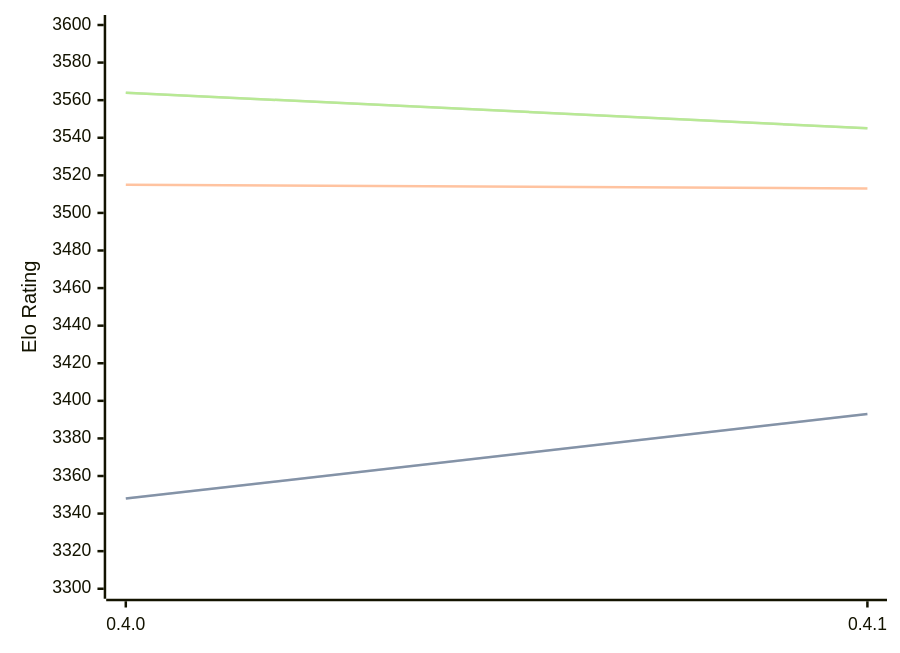
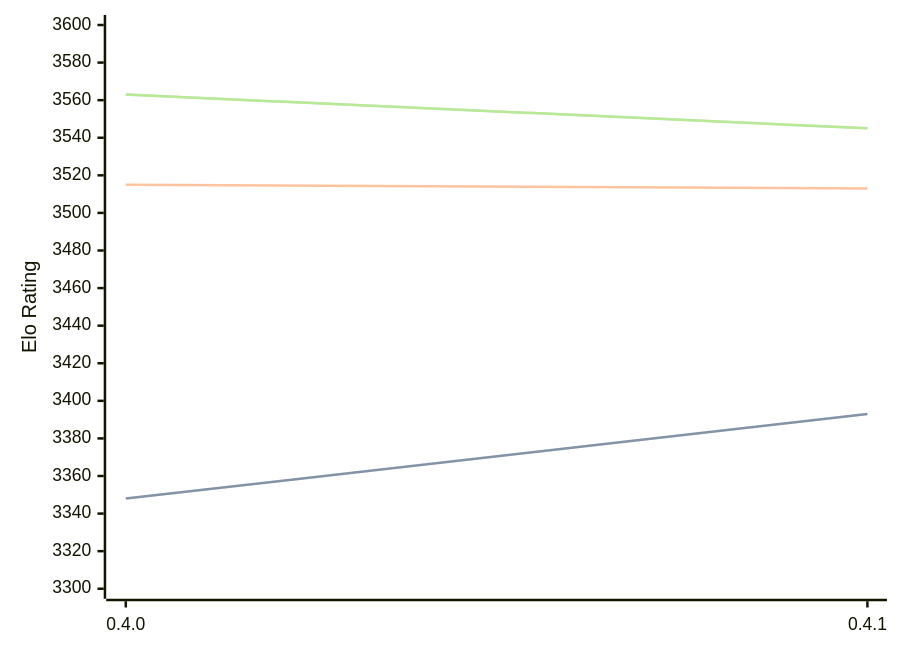
Before and after one commit to computer-chess-index/cci: the diagram in engines/Cinder.md, drawn with Mermaid. The commit also changed other lines of this file, not shown here.

Commit message:
Update CCI Ratings (ELO VLTC) - 2026-04-20

````diff
--- a/engines/Cinder.md
+++ b/engines/Cinder.md
@@ -40,11 +40,11 @@
 ```mermaid
 %%{init: {"theme":"base","themeVariables":{"seriesColors:['#a3a3a3','#222221','#faa371']}}}%%
 xychart-beta
   x-axis ["0.4.0", "0.4.1"]
   y-axis "Elo Rating" 3300 --> 3600
   line "STC (8.0+0.08s)" [3348, 3393]
   line "STC (8.0+0.08s)" [3348, 3393]
   line "LTC (60.0+0.60s)" [3515, 3513]
-  line "VLTC (2m24s+1.12s)" [3564, 3545]
-  line "VLTC (2m24s+1.12s)" [3564, 3545]
+  line "VLTC (2m24s+1.12s)" [3563, 3545]
+  line "VLTC (2m24s+1.12s)" [3563, 3545]
 ```
````
